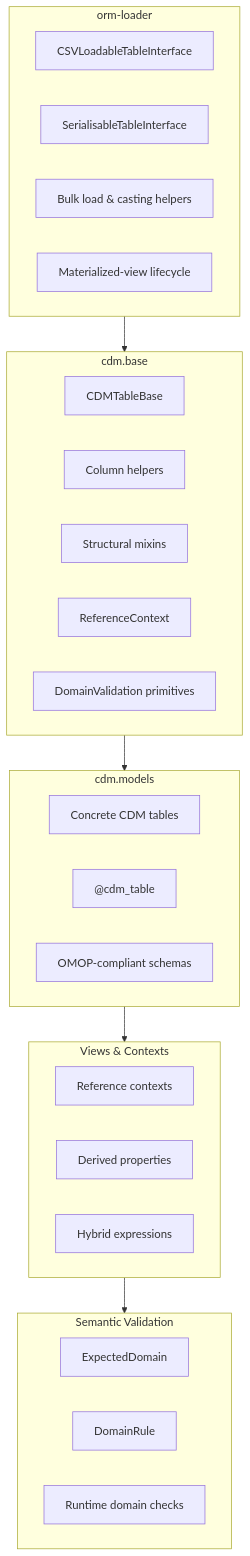
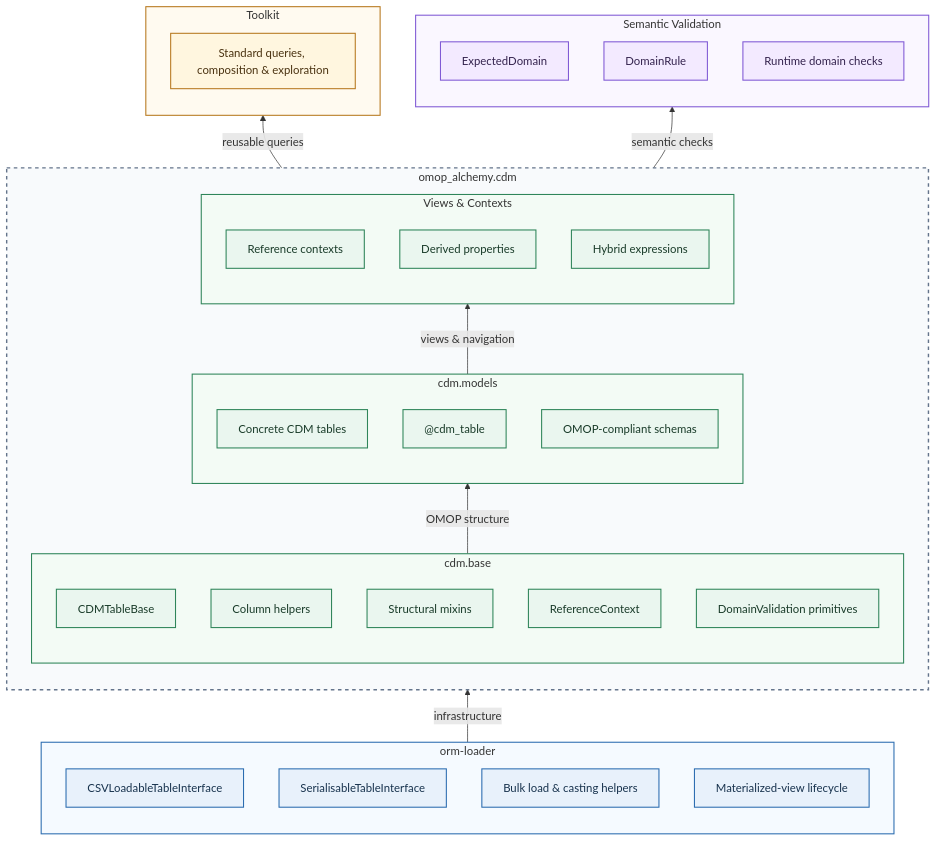
One commit to AustralianCancerDataNetwork/omop-alchemy changed the diagram in docs/api/architecture.md. Above: the diagram before and after it, drawn with Mermaid. The commit also changed other lines of this file and 18 other files, not shown here.

````diff
--- a/docs/api/architecture.md
+++ b/docs/api/architecture.md
@@ -17,41 +17,67 @@
 ```mermaid
 
-flowchart TD
+flowchart BT
     subgraph L0["orm-loader"]
         L0a["CSVLoadableTableInterface"]
         L0b["SerialisableTableInterface"]
         L0c["Bulk load & casting helpers"]
         L0d["Materialized-view lifecycle"]
     end
 
-    subgraph L1["cdm.base"]
-        L1a["CDMTableBase"]
-        L1b["Column helpers"]
-        L1c["Structural mixins"]
-        L1d["ReferenceContext"]
-        L1e["DomainValidation primitives"]
+    subgraph CDM["omop_alchemy.cdm"]
+        direction BT
+        subgraph L1["cdm.base"]
+            L1a["CDMTableBase"]
+            L1b["Column helpers"]
+            L1c["Structural mixins"]
+            L1d["ReferenceContext"]
+            L1e["DomainValidation primitives"]
+        end
+
+        subgraph L2["cdm.models"]
+            L2a["Concrete CDM tables"]
+            L2b["@cdm_table"]
+            L2c["OMOP-compliant schemas"]
+        end
+
+        subgraph L3["Views & Contexts"]
+            L3a["Reference contexts"]
+            L3b["Derived properties"]
+            L3c["Hybrid expressions"]
+        end
     end
 
-    subgraph L2["cdm.models"]
-        L2a["Concrete CDM tables"]
-        L2b["@cdm_table"]
-        L2c["OMOP-compliant schemas"]
+    subgraph L4["Toolkit"]
+        L4a["Standard queries, composition & exploration"]
     end
 
-    subgraph L3["Views & Contexts"]
-        L3a["Reference contexts"]
-        L3b["Derived properties"]
-        L3c["Hybrid expressions"]
+    subgraph L5["Semantic Validation"]
+        L5a["ExpectedDomain"]
+        L5b["DomainRule"]
+        L5c["Runtime domain checks"]
     end
 
-    subgraph L4["Semantic Validation"]
-        L4a["ExpectedDomain"]
-        L4b["DomainRule"]
-        L4c["Runtime domain checks"]
-    end
+    L0 -->|infrastructure| L1
+    L1 -->|OMOP structure| L2
+    L2 -->|views & navigation| L3
+    L3 -->|reusable queries| L4
+    L3 -->|semantic checks| L5
 
-    L0 --> L1
-    L1 --> L2
-    L2 --> L3
-    L3 --> L4
+    classDef infrastructure fill:#e8f1fb,stroke:#2b6cb0,stroke-width:1.5px,color:#17324d
+    classDef cdmLayer fill:#eaf6ef,stroke:#2f855a,stroke-width:1.5px,color:#193b29
+    classDef toolkitLayer fill:#fff6df,stroke:#b7791f,stroke-width:1.5px,color:#4a3210
+    classDef validationLayer fill:#f3eaff,stroke:#805ad5,stroke-width:1.5px,color:#33224d
+
+    class L0a,L0b,L0c,L0d infrastructure
+    class L1a,L1b,L1c,L1d,L1e,L2a,L2b,L2c,L3a,L3b,L3c cdmLayer
+    class L4a toolkitLayer
+    class L5a,L5b,L5c validationLayer
+
+    style CDM fill:#f8fafc,stroke:#64748b,stroke-width:2px,stroke-dasharray:5 5
+    style L0 fill:#f5faff,stroke:#2b6cb0,stroke-width:1.5px
+    style L1 fill:#f3fbf5,stroke:#2f855a,stroke-width:1.5px
+    style L2 fill:#f3fbf5,stroke:#2f855a,stroke-width:1.5px
+    style L3 fill:#f3fbf5,stroke:#2f855a,stroke-width:1.5px
+    style L4 fill:#fffaf0,stroke:#b7791f,stroke-width:1.5px
+    style L5 fill:#faf7ff,stroke:#805ad5,stroke-width:1.5px
 ```
````
